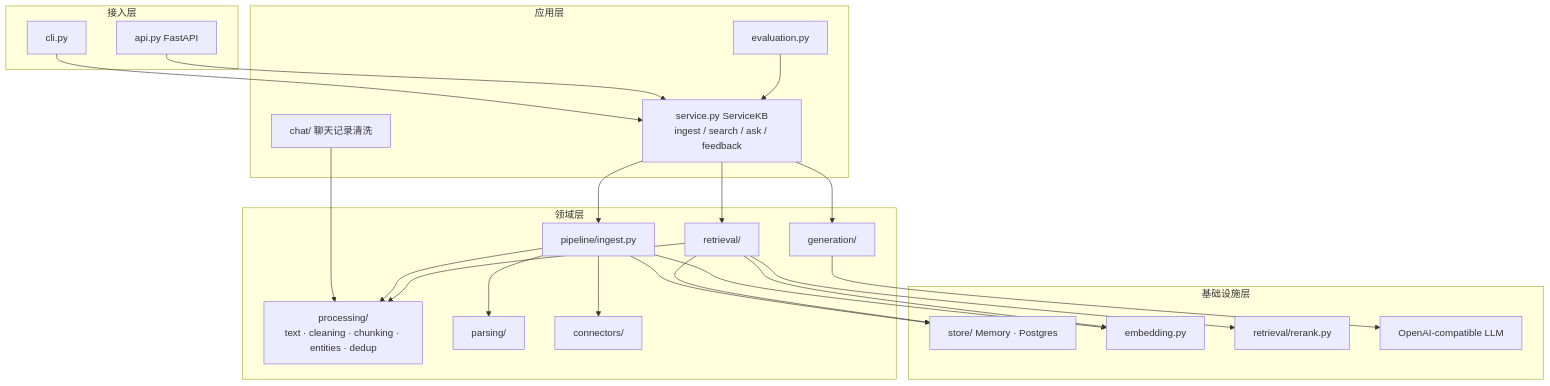
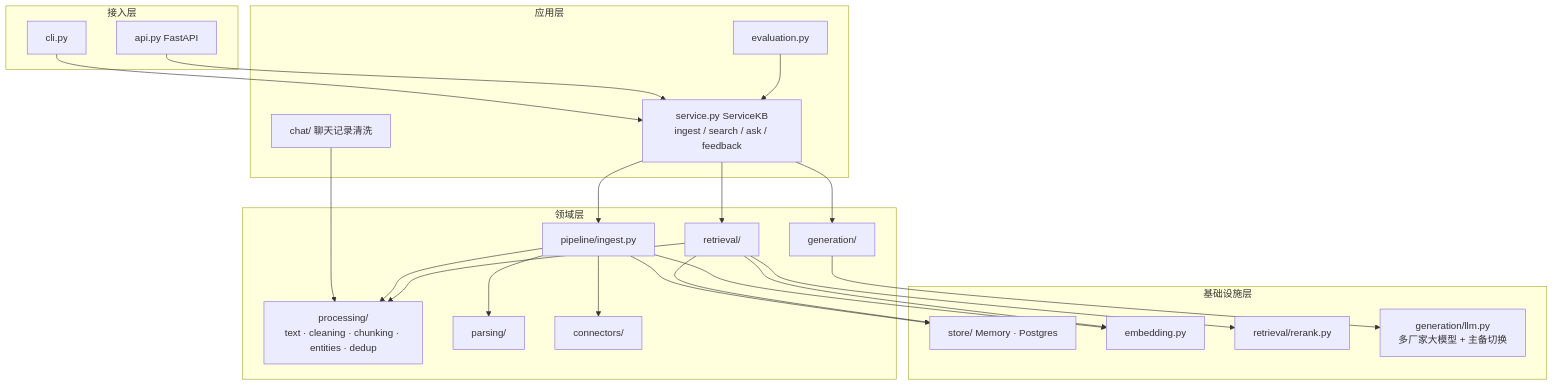
One commit to HenryVarro666/servicekb-rag changed the first of 2 diagrams in docs/01_architecture.md. Above: the diagram before and after it, drawn with Mermaid. The commit also changed other lines of this file and 18 other files, not shown here.

````diff
--- a/docs/01_architecture.md
+++ b/docs/01_architecture.md
@@ -7,32 +7,32 @@
 ```mermaid
 flowchart TB
     subgraph 接入层
         CLI[cli.py] & API[api.py FastAPI]
     end
     subgraph 应用层
         SVC[service.py ServiceKB<br/>ingest / search / ask / feedback]
         EV[evaluation.py]
         CHAT[chat/ 聊天记录清洗]
     end
     subgraph 领域层
         PIPE[pipeline/ingest.py]
         RET[retrieval/]
         GEN[generation/]
         PROC[processing/<br/>text · cleaning · chunking · entities · dedup]
         PARSE[parsing/]
         CONN[connectors/]
     end
     subgraph 基础设施层
         STORE[store/ Memory · Postgres]
         EMB[embedding.py]
         RR[retrieval/rerank.py]
-        LLM[OpenAI-compatible LLM]
+        LLM[generation/llm.py<br/>多厂家大模型 + 主备切换]
     end
     CLI & API --> SVC
     SVC --> PIPE & RET & GEN
     EV --> SVC
     CHAT --> PROC
     PIPE --> CONN & PARSE & PROC & EMB & STORE
     RET --> STORE & EMB & RR & PROC
     GEN --> LLM
 ```
````
